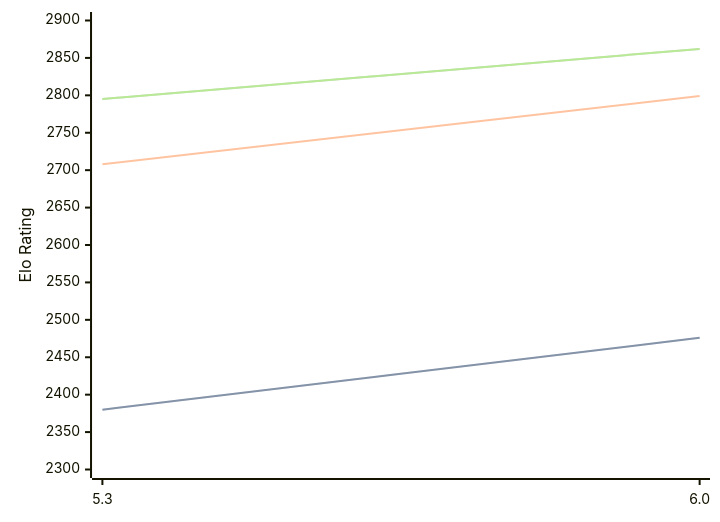
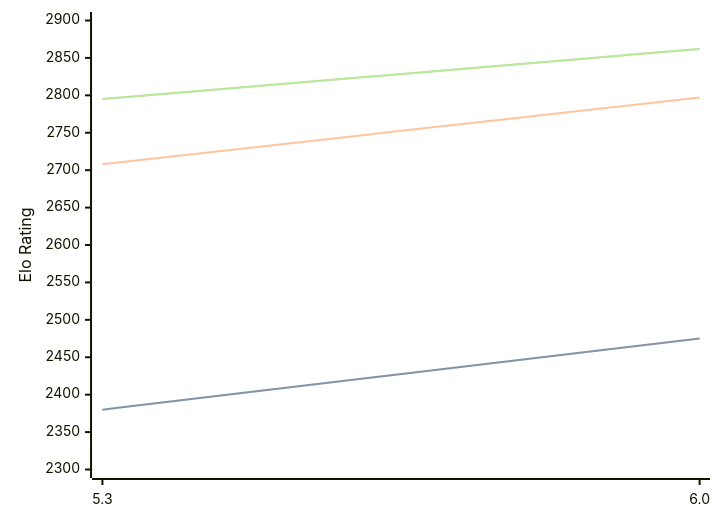
The first of 3 diagrams in engines/tomitankChess.md (computer-chess-index/cci), drawn with Mermaid before and after one commit. The commit also changed other lines of this file, not shown here.

````diff
--- a/engines/tomitankChess.md
+++ b/engines/tomitankChess.md
@@ -40,11 +40,11 @@
 ```mermaid
 %%{init: {"theme":"base","themeVariables":{"seriesColors:['#a3a3a3','#222221','#faa371']}}}%%
 xychart-beta
   x-axis ["5.3", "6.0"]
   y-axis "Elo Rating" 2300 --> 2900
-  line "STC (8.0+0.08s)" [2380, 2476]
-  line "STC (8.0+0.08s)" [2380, 2476]
-  line "LTC (60.0+0.60s)" [2708, 2799]
+  line "STC (8.0+0.08s)" [2380, 2475]
+  line "STC (8.0+0.08s)" [2380, 2475]
+  line "LTC (60.0+0.60s)" [2708, 2797]
   line "VLTC (2m24s+1.12s)" [2795, 2862]
   line "VLTC (2m24s+1.12s)" [2795, 2862]
 ```
````
